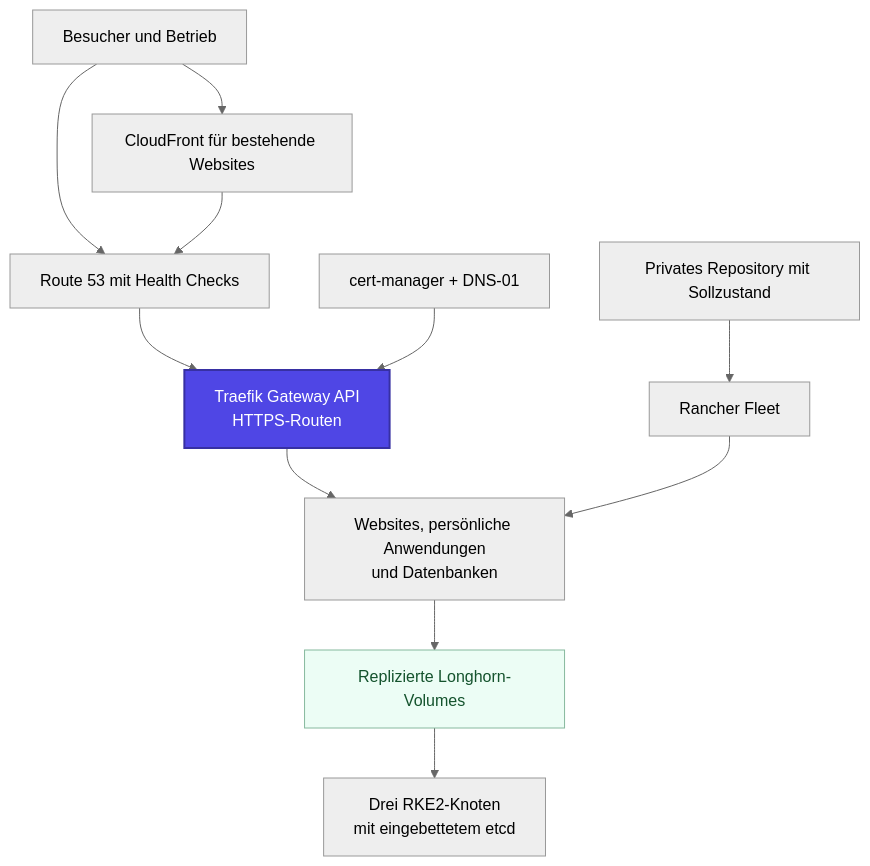
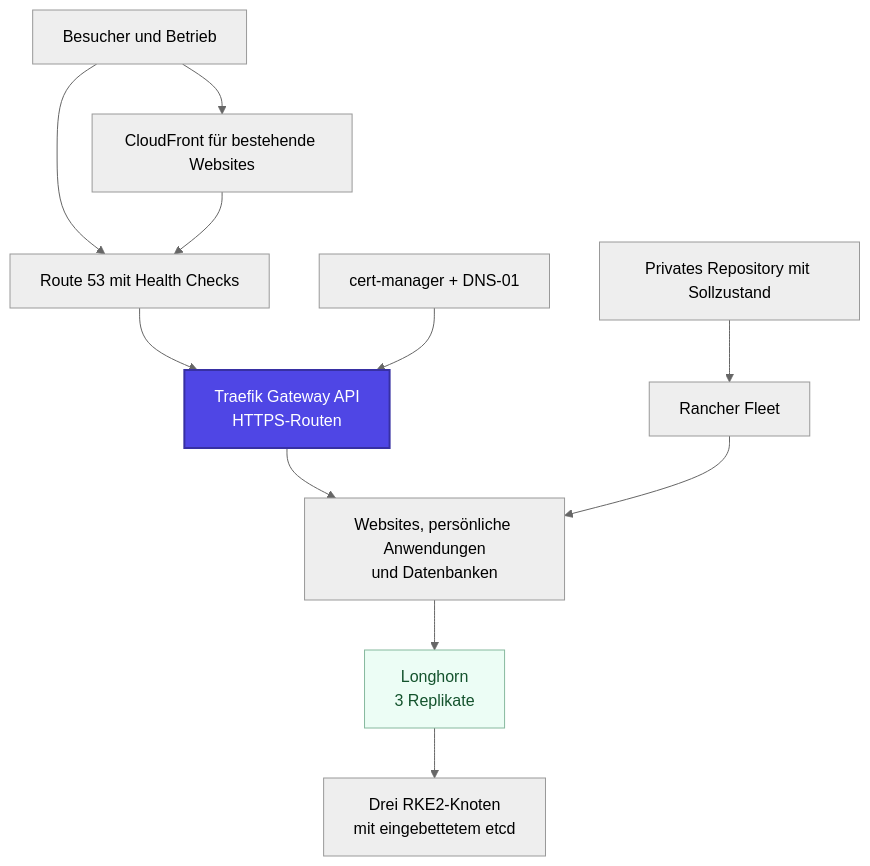
One commit to Paul1404/astro-portfolio changed the diagram in docs/diagrams/vertex/de-architecture.mmd. Above: the diagram before and after it, drawn with Mermaid (neutral theme). The commit also changed 2 other files, not shown here.

Commit message:
Keep the German architecture labels readable

```diff
--- a/docs/diagrams/vertex/de-architecture.mmd
+++ b/docs/diagrams/vertex/de-architecture.mmd
@@ -1,14 +1,14 @@
 flowchart TB
   accTitle: Architektur der Vertex-Plattform
   accDescr: Bestehende Websites nutzen CloudFront, Anwendungen können das öffentliche Gateway direkt verwenden. Route 53 verteilt Anfragen auf drei Knoten. Traefik leitet an Anwendungen weiter, Fleet gleicht das private Git-Repository ab und Longhorn repliziert Volumes über die Knoten.
   Users["Besucher und Betrieb"] --> Edge["CloudFront für bestehende Websites"]
   Users --> DNS["Route 53 mit Health Checks"]
   Edge --> DNS
   DNS --> Gateway["Traefik Gateway API<br/>HTTPS-Routen"]:::focus
   Gateway --> Apps["Websites, persönliche Anwendungen<br/>und Datenbanken"]
   Git["Privates Repository mit Sollzustand"] --> Fleet["Rancher Fleet"] --> Apps
   Cert["cert-manager + DNS-01"] --> Gateway
-  Apps --> Storage["Replizierte Longhorn-Volumes"]:::good
+  Apps --> Storage["Longhorn<br/>3 Replikate"]:::good
   Storage --> Nodes["Drei RKE2-Knoten<br/>mit eingebettetem etcd"]
   classDef focus fill:#4f46e5,color:#ffffff,stroke:#3730a3,stroke-width:2px
   classDef good fill:#ecfdf5,color:#14532d,stroke:#86b99e
```
